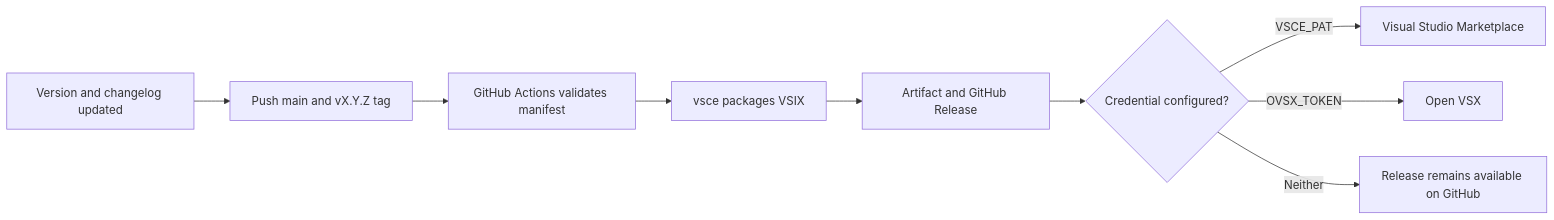
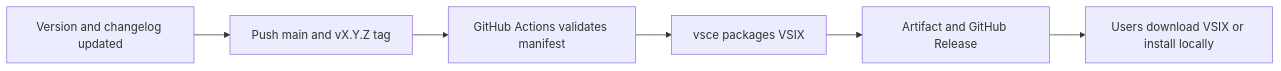
One commit to Alqudimi/flutter-power-pack changed the second of 2 diagrams in wiki/Architecture.md. Above: the diagram before and after it, drawn with Mermaid. The commit also changed 9 other files, not shown here.

Commit message:
chore: keep distribution on GitHub Releases and VSIX

````diff
--- a/wiki/Architecture.md
+++ b/wiki/Architecture.md
@@ -34,11 +34,8 @@
 ```mermaid
 flowchart LR
     A[Version and changelog updated] --> B[Push main and vX.Y.Z tag]
     B --> C[GitHub Actions validates manifest]
     C --> D[vsce packages VSIX]
     D --> E[Artifact and GitHub Release]
-    E --> F{Credential configured?}
-    F -->|VSCE_PAT| G[Visual Studio Marketplace]
-    F -->|OVSX_TOKEN| H[Open VSX]
-    F -->|Neither| I[Release remains available on GitHub]
+    E --> F[Users download VSIX or install locally]
 ```
````
